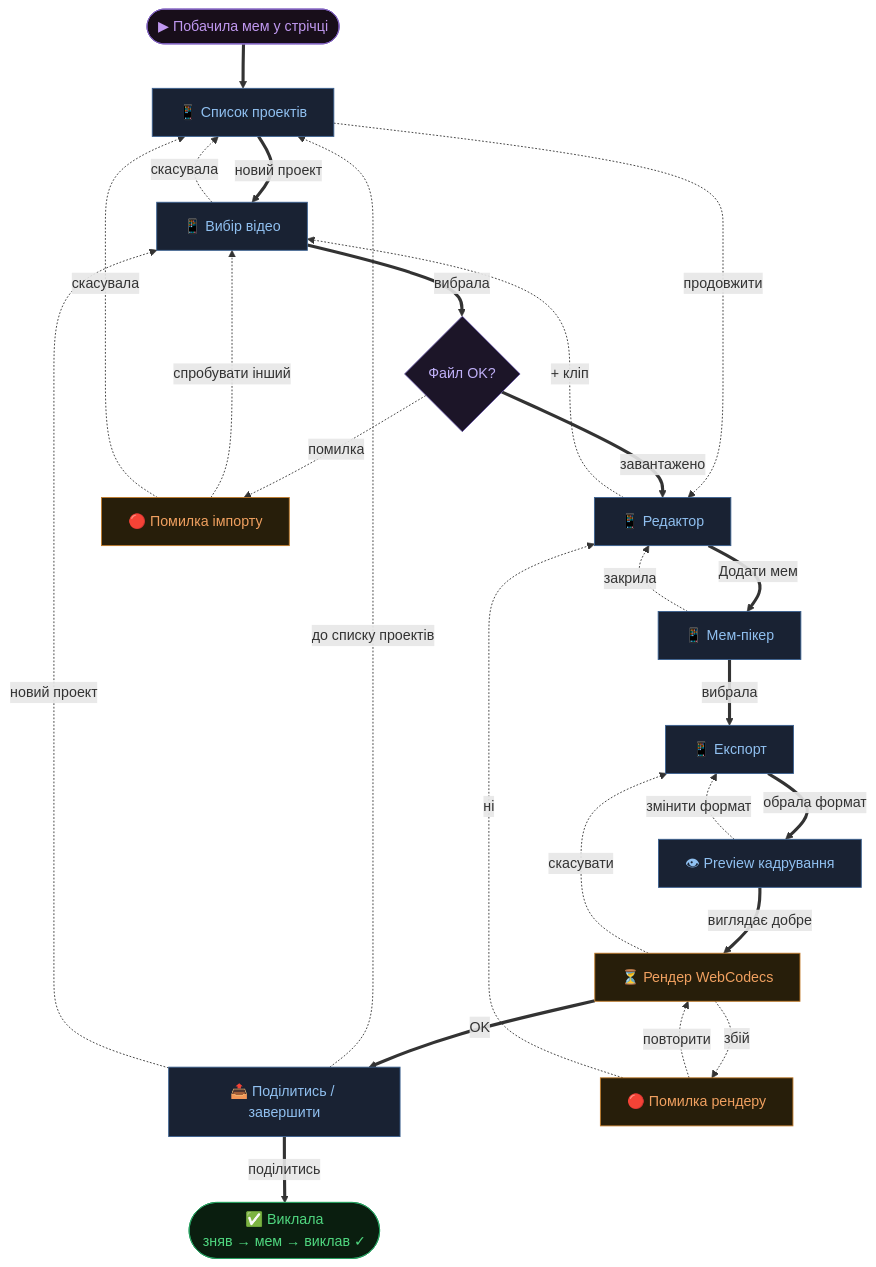
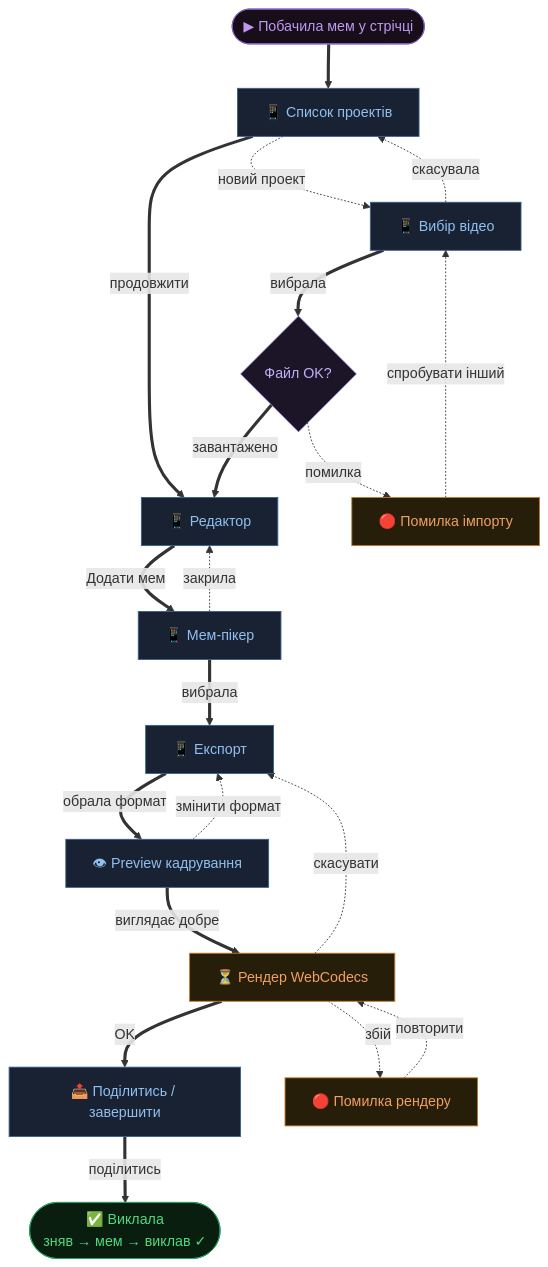
One commit to Zhmenya92/Memkat changed the first of 6 diagrams in research/flows.md. Above: the diagram before and after it, drawn with Mermaid. The commit also changed other lines of this file and 1 other file, not shown here.

Commit message:
refactor: clean up Main flow spine and remove 5 long backward edges
- Swap PL exits: продовжити (thick/primary) vs новий проект (dotted)
  → returning-user path becomes the main vertical spine
- Remove ED -. + кліп .-> IMP (long back-edge, noted in Примітки)
- Remove IMP_E -. скасувала .-> PL (redundant, path exists via IMP)
- Remove REND_E -. ні .-> ED (long back-edge, noted in Тупики)
- Remove SHARE backward exits (noted in Примітки), keep SHARE ==> OK only

````diff
--- a/research/flows.md
+++ b/research/flows.md
@@ -19,39 +19,34 @@
 ```mermaid
 flowchart TD
     classDef screen  fill:#192233,stroke:#3a6090,color:#90c0f0
     classDef state   fill:#271e0a,stroke:#c07a28,color:#f0a060
     classDef decide  fill:#1c1528,stroke:#6050a0,color:#c0b0f8
     classDef ok      fill:#0a1e0f,stroke:#28a060,color:#50d880
     classDef fail    fill:#22080a,stroke:#903030,color:#f05060
     classDef trigger fill:#180e1a,stroke:#8060c0,color:#c098f0
 
     T(["▶ Побачила мем у стрічці"]):::trigger
 
     T ==> PL["📱 Список проектів"]:::screen
-    PL == новий проект ==> IMP["📱 Вибір відео"]:::screen
-    PL -. продовжити .-> ED["📱 Редактор"]:::screen
+    PL == продовжити ==> ED["📱 Редактор"]:::screen
+    PL -. новий проект .-> IMP["📱 Вибір відео"]:::screen
 
     IMP == вибрала ==> Q3{Файл OK?}:::decide
     IMP -. скасувала .-> PL
     Q3 -. помилка .-> IMP_E["🔴 Помилка імпорту"]:::state
     IMP_E -. спробувати інший .-> IMP
-    IMP_E -. скасувала .-> PL
     Q3 == завантажено ==> ED
 
     ED == Додати мем ==> MP["📱 Мем-пікер"]:::screen
-    ED -. + кліп .-> IMP
     MP -. закрила .-> ED
     MP == вибрала ==> EXP["📱 Експорт"]:::screen
 
     EXP == обрала формат ==> CROP_PREV["👁 Preview кадрування"]:::screen
     CROP_PREV == виглядає добре ==> REND["⏳ Рендер WebCodecs"]:::state
     CROP_PREV -. змінити формат .-> EXP
     REND -. скасувати .-> EXP
     REND == OK ==> SHARE["📤 Поділитись / завершити"]:::screen
     REND -. збій .-> REND_E["🔴 Помилка рендеру"]:::state
     REND_E -. повторити .-> REND
-    REND_E -. ні .-> ED
     SHARE == поділитись ==> OK(["✅ Виклала\nзняв → мем → виклав ✓"]):::ok
-    SHARE -. до списку проектів .-> PL
-    SHARE -. новий проект .-> IMP
 ```
````
